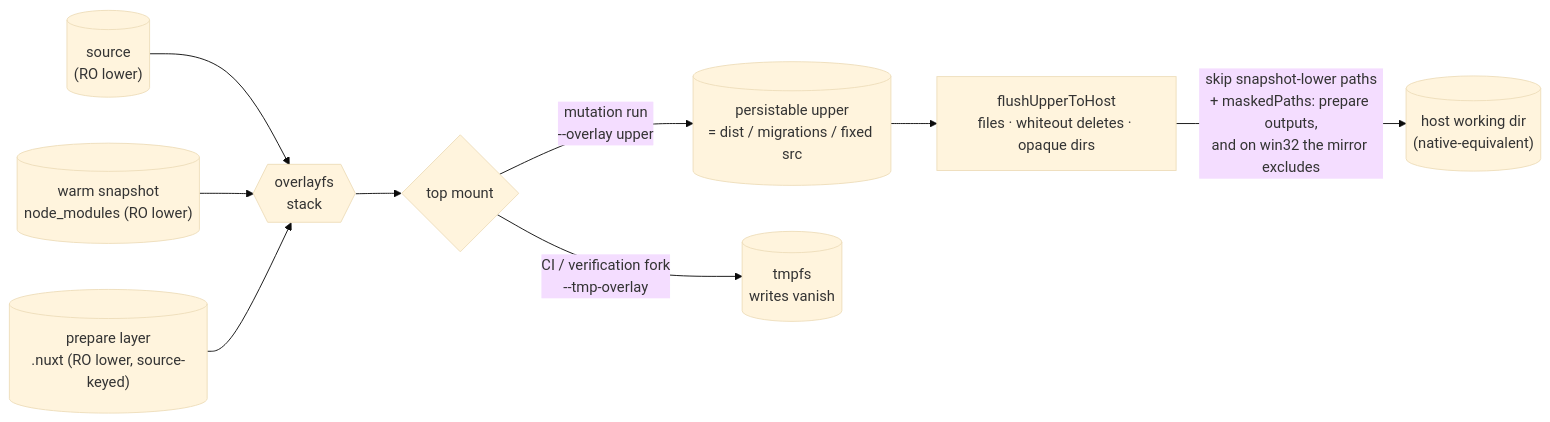
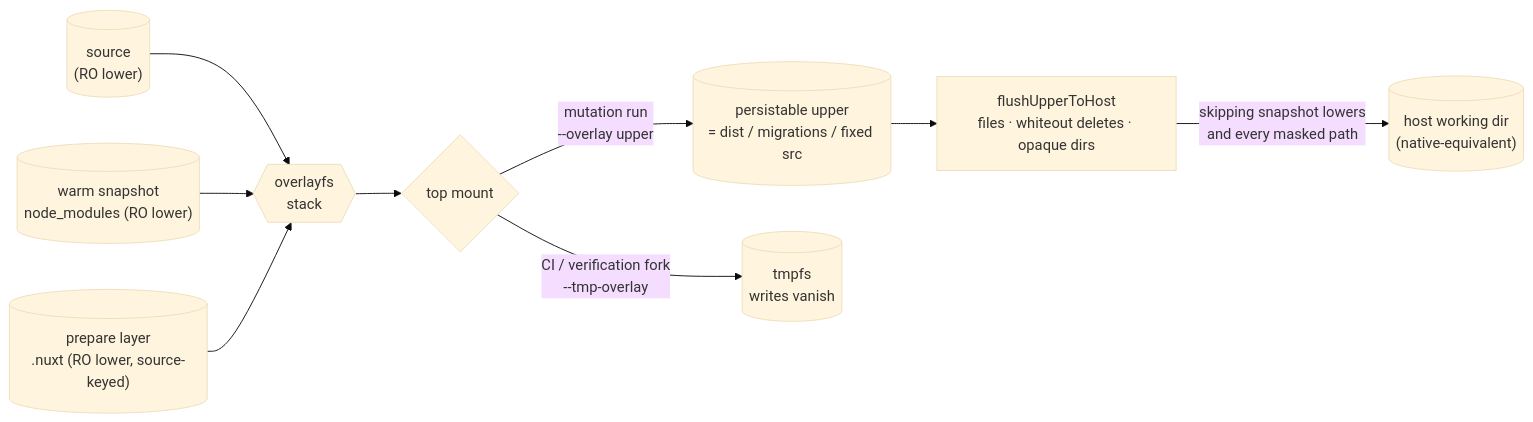
One commit to Esposter/Esposter changed the diagram in packages/app/content/docs/virrun/write-back.md. Above: the diagram before and after it, drawn with Mermaid (base theme). The commit also changed 8 other files, not shown here.

First line of the commit message:
docs(diagrams): sweep esbabbler/ and virrun/

````diff
--- a/packages/app/content/docs/virrun/write-back.md
+++ b/packages/app/content/docs/virrun/write-back.md
@@ -18,13 +18,13 @@
 ```mermaid
 flowchart LR
     src[("source<br/>(RO lower)")] --> ov{{"overlayfs<br/>stack"}}
     snap[("warm snapshot<br/>node_modules (RO lower)")] --> ov
     prep[("prepare layer<br/>.nuxt (RO lower, source-keyed)")] --> ov
 
     ov --> top{"top mount"}
     top -->|"mutation run<br/>--overlay upper"| up[("persistable upper<br/>= dist / migrations / fixed src")]
     top -->|"CI / verification fork<br/>--tmp-overlay"| vanish[("tmpfs<br/>writes vanish")]
 
     up --> flush["flushUpperToHost<br/>files · whiteout deletes · opaque dirs"]
-    flush -->|"skip snapshot-lower paths<br/>+ maskedPaths: prepare outputs,<br/>and on win32 the mirror excludes"| host[("host working dir<br/>(native-equivalent)")]
+    flush -->|"skipping snapshot lowers<br/>and every masked path"| host[("host working dir<br/>(native-equivalent)")]
 ```
````
